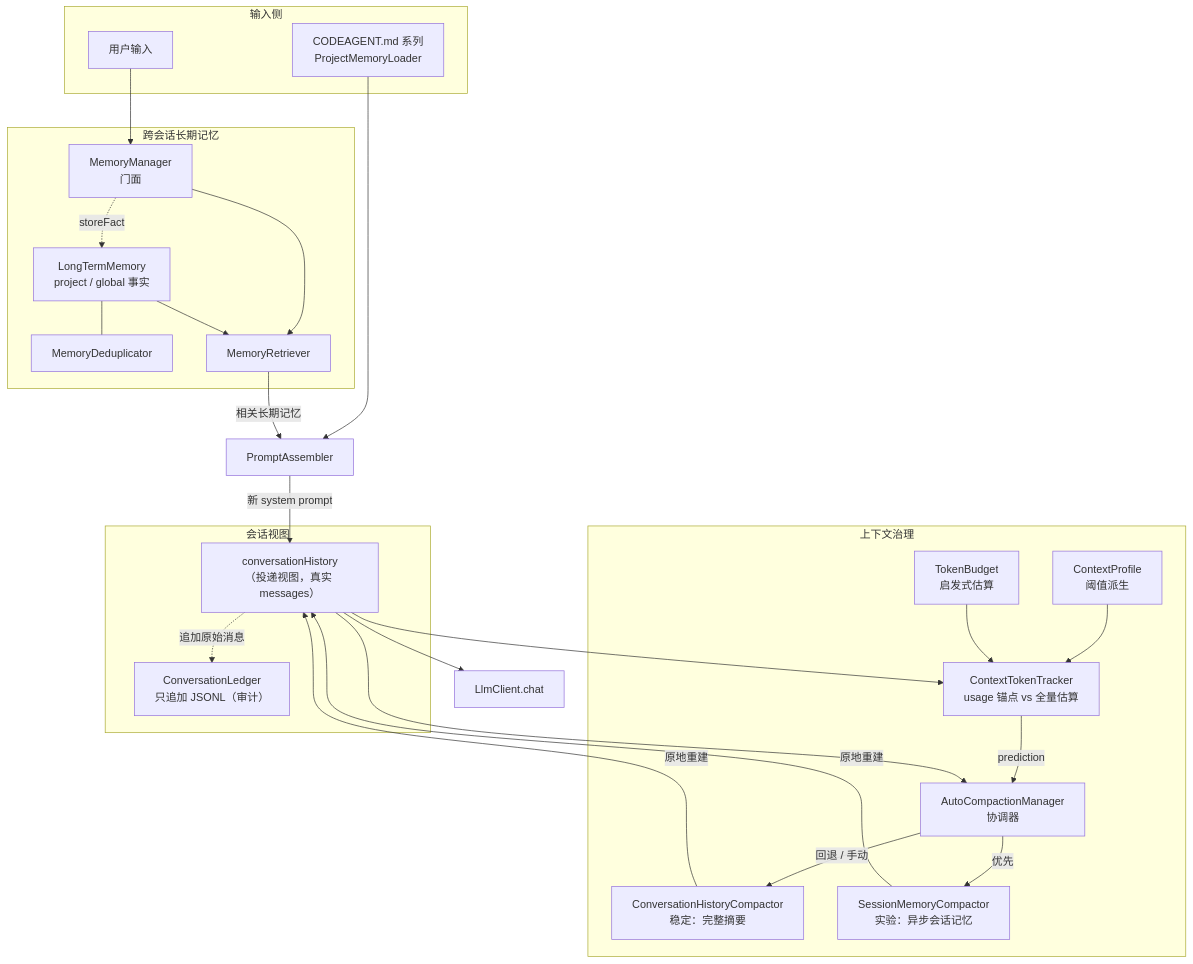
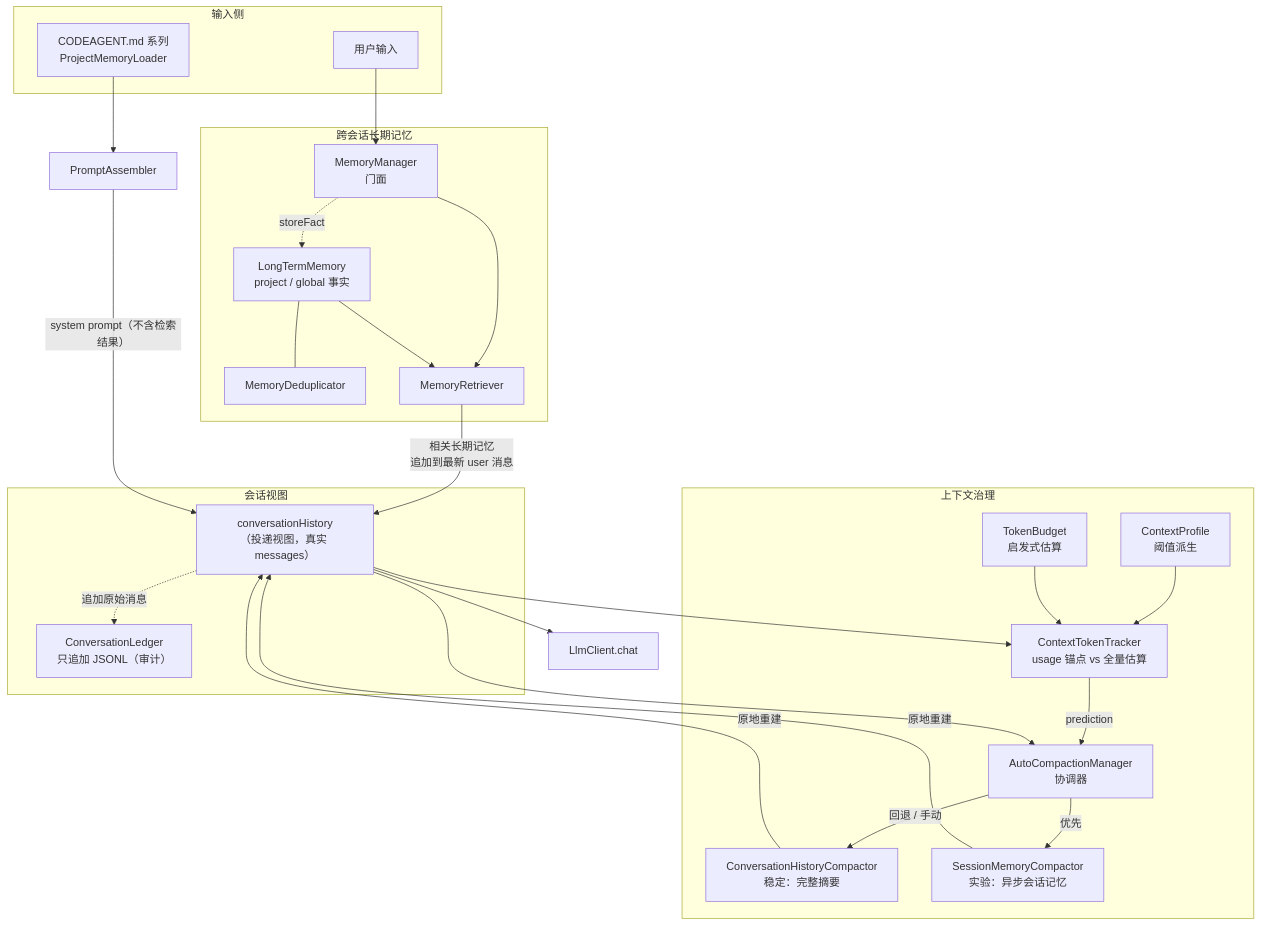
Before and after one commit to zgjdev/Code-Agent: the first of 3 diagrams in docs/dev/06-memory-context.md, drawn with Mermaid. The commit also changed other lines of this file and 4 other files, not shown here.

````diff
--- a/docs/dev/06-memory-context.md
+++ b/docs/dev/06-memory-context.md
@@ -88,50 +88,50 @@
 ```mermaid
 flowchart TB
     subgraph Input["输入侧"]
         U["用户输入"]
         CM["CODEAGENT.md 系列<br/>ProjectMemoryLoader"]
     end
 
     subgraph Views["会话视图"]
         Hist["conversationHistory<br/>（投递视图，真实 messages）"]
         Ledger["ConversationLedger<br/>只追加 JSONL（审计）"]
     end
 
     subgraph LongTerm["跨会话长期记忆"]
         MM["MemoryManager<br/>门面"]
         LTM["LongTermMemory<br/>project / global 事实"]
         Dedup["MemoryDeduplicator"]
         Retr["MemoryRetriever"]
     end
 
     subgraph Context["上下文治理"]
         Budget["TokenBudget<br/>启发式估算"]
         Profile["ContextProfile<br/>阈值派生"]
         Tracker["ContextTokenTracker<br/>usage 锚点 vs 全量估算"]
         Auto["AutoCompactionManager<br/>协调器"]
         Full["ConversationHistoryCompactor<br/>稳定：完整摘要"]
         Sess["SessionMemoryCompactor<br/>实验：异步会话记忆"]
     end
 
     U --> MM
     CM --> Prompt["PromptAssembler"]
     MM --> Retr
     LTM --> Retr
-    Retr -->|"相关长期记忆"| Prompt
-    Prompt -->|"新 system prompt"| Hist
+    Retr -->|"相关长期记忆<br/>追加到最新 user 消息"| Hist
+    Prompt -->|"system prompt（不含检索结果）"| Hist
     MM -.->|"storeFact"| LTM
     LTM --- Dedup
 
     Hist --> Tracker
     Profile --> Tracker
     Budget --> Tracker
     Tracker -->|"prediction"| Auto
     Hist --> Auto
     Auto -->|"优先"| Sess
     Auto -->|"回退 / 手动"| Full
     Sess -->|"原地重建"| Hist
     Full -->|"原地重建"| Hist
 
     Hist --> LLM["LlmClient.chat"]
     Hist -.->|"追加原始消息"| Ledger
 ```
````
